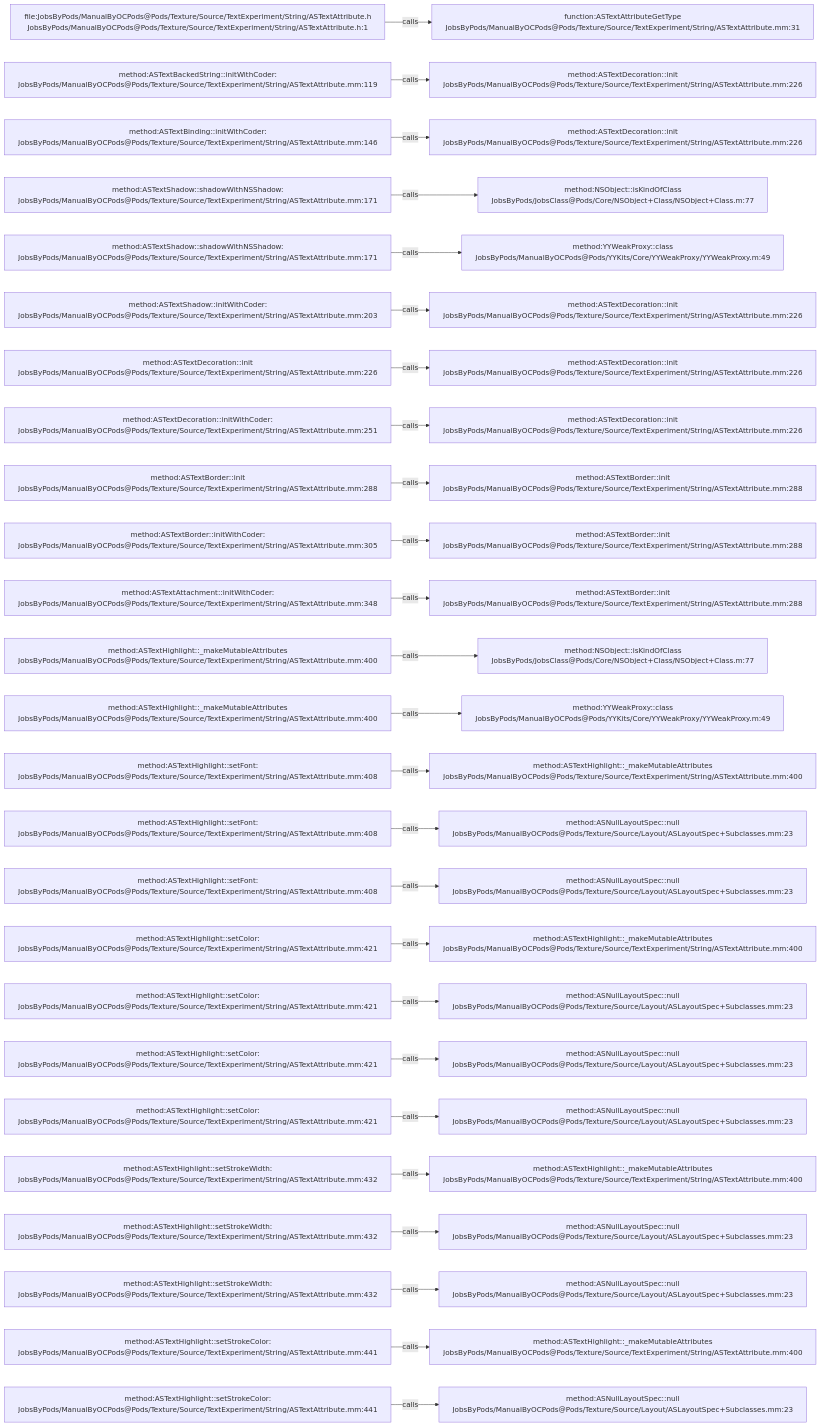
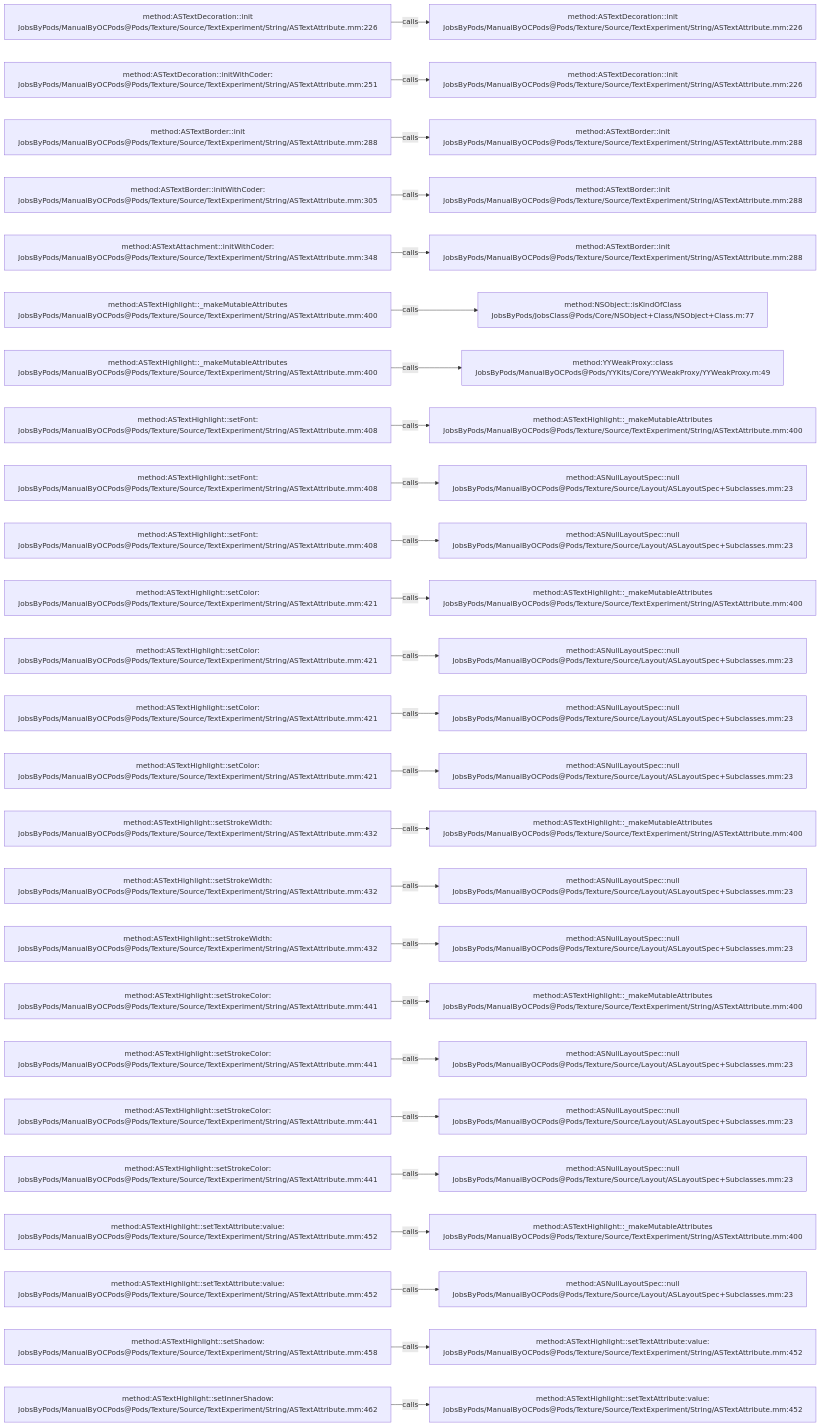
Before and after one commit to JobsKits/JobsOCBaseConfigDemo: the diagram in .codegraph/codegraph.md/graphs/calls-200.md, drawn with Mermaid. The commit also changed 666 other files, not shown here.

````diff
--- a/.codegraph/codegraph.md/graphs/calls-200.md
+++ b/.codegraph/codegraph.md/graphs/calls-200.md
@@ -13,78 +13,78 @@
 ```mermaid
 flowchart LR
-  S1["file:JobsByPods/ManualByOCPods@Pods/Texture/Source/TextExperiment/String/ASTextAttribute.h<br/>JobsByPods/ManualByOCPods@Pods/Texture/Source/TextExperiment/String/ASTextAttribute.h:1"]
-  T1["function:ASTextAttributeGetType<br/>JobsByPods/ManualByOCPods@Pods/Texture/Source/TextExperiment/String/ASTextAttribute.mm:31"]
+  S1["method:ASTextDecoration::init<br/>JobsByPods/ManualByOCPods@Pods/Texture/Source/TextExperiment/String/ASTextAttribute.mm:226"]
+  T1["method:ASTextDecoration::init<br/>JobsByPods/ManualByOCPods@Pods/Texture/Source/TextExperiment/String/ASTextAttribute.mm:226"]
   S1 -->|calls| T1
-  S2["method:ASTextBackedString::initWithCoder:<br/>JobsByPods/ManualByOCPods@Pods/Texture/Source/TextExperiment/String/ASTextAttribute.mm:119"]
+  S2["method:ASTextDecoration::initWithCoder:<br/>JobsByPods/ManualByOCPods@Pods/Texture/Source/TextExperiment/String/ASTextAttribute.mm:251"]
   T2["method:ASTextDecoration::init<br/>JobsByPods/ManualByOCPods@Pods/Texture/Source/TextExperiment/String/ASTextAttribute.mm:226"]
   S2 -->|calls| T2
-  S3["method:ASTextBinding::initWithCoder:<br/>JobsByPods/ManualByOCPods@Pods/Texture/Source/TextExperiment/String/ASTextAttribute.mm:146"]
-  T3["method:ASTextDecoration::init<br/>JobsByPods/ManualByOCPods@Pods/Texture/Source/TextExperiment/String/ASTextAttribute.mm:226"]
+  S3["method:ASTextBorder::init<br/>JobsByPods/ManualByOCPods@Pods/Texture/Source/TextExperiment/String/ASTextAttribute.mm:288"]
+  T3["method:ASTextBorder::init<br/>JobsByPods/ManualByOCPods@Pods/Texture/Source/TextExperiment/String/ASTextAttribute.mm:288"]
   S3 -->|calls| T3
-  S4["method:ASTextShadow::shadowWithNSShadow:<br/>JobsByPods/ManualByOCPods@Pods/Texture/Source/TextExperiment/String/ASTextAttribute.mm:171"]
-  T4["method:NSObject::isKindOfClass<br/>JobsByPods/JobsClass@Pods/Core/NSObject+Class/NSObject+Class.m:77"]
+  S4["method:ASTextBorder::initWithCoder:<br/>JobsByPods/ManualByOCPods@Pods/Texture/Source/TextExperiment/String/ASTextAttribute.mm:305"]
+  T4["method:ASTextBorder::init<br/>JobsByPods/ManualByOCPods@Pods/Texture/Source/TextExperiment/String/ASTextAttribute.mm:288"]
   S4 -->|calls| T4
-  S5["method:ASTextShadow::shadowWithNSShadow:<br/>JobsByPods/ManualByOCPods@Pods/Texture/Source/TextExperiment/String/ASTextAttribute.mm:171"]
-  T5["method:YYWeakProxy::class<br/>JobsByPods/ManualByOCPods@Pods/YYKits/Core/YYWeakProxy/YYWeakProxy.m:49"]
+  S5["method:ASTextAttachment::initWithCoder:<br/>JobsByPods/ManualByOCPods@Pods/Texture/Source/TextExperiment/String/ASTextAttribute.mm:348"]
+  T5["method:ASTextBorder::init<br/>JobsByPods/ManualByOCPods@Pods/Texture/Source/TextExperiment/String/ASTextAttribute.mm:288"]
   S5 -->|calls| T5
-  S6["method:ASTextShadow::initWithCoder:<br/>JobsByPods/ManualByOCPods@Pods/Texture/Source/TextExperiment/String/ASTextAttribute.mm:203"]
-  T6["method:ASTextDecoration::init<br/>JobsByPods/ManualByOCPods@Pods/Texture/Source/TextExperiment/String/ASTextAttribute.mm:226"]
+  S6["method:ASTextHighlight::_makeMutableAttributes<br/>JobsByPods/ManualByOCPods@Pods/Texture/Source/TextExperiment/String/ASTextAttribute.mm:400"]
+  T6["method:NSObject::isKindOfClass<br/>JobsByPods/JobsClass@Pods/Core/NSObject+Class/NSObject+Class.m:77"]
   S6 -->|calls| T6
-  S7["method:ASTextDecoration::init<br/>JobsByPods/ManualByOCPods@Pods/Texture/Source/TextExperiment/String/ASTextAttribute.mm:226"]
-  T7["method:ASTextDecoration::init<br/>JobsByPods/ManualByOCPods@Pods/Texture/Source/TextExperiment/String/ASTextAttribute.mm:226"]
+  S7["method:ASTextHighlight::_makeMutableAttributes<br/>JobsByPods/ManualByOCPods@Pods/Texture/Source/TextExperiment/String/ASTextAttribute.mm:400"]
+  T7["method:YYWeakProxy::class<br/>JobsByPods/ManualByOCPods@Pods/YYKits/Core/YYWeakProxy/YYWeakProxy.m:49"]
   S7 -->|calls| T7
-  S8["method:ASTextDecoration::initWithCoder:<br/>JobsByPods/ManualByOCPods@Pods/Texture/Source/TextExperiment/String/ASTextAttribute.mm:251"]
-  T8["method:ASTextDecoration::init<br/>JobsByPods/ManualByOCPods@Pods/Texture/Source/TextExperiment/String/ASTextAttribute.mm:226"]
+  S8["method:ASTextHighlight::setFont:<br/>JobsByPods/ManualByOCPods@Pods/Texture/Source/TextExperiment/String/ASTextAttribute.mm:408"]
+  T8["method:ASTextHighlight::_makeMutableAttributes<br/>JobsByPods/ManualByOCPods@Pods/Texture/Source/TextExperiment/String/ASTextAttribute.mm:400"]
   S8 -->|calls| T8
-  S9["method:ASTextBorder::init<br/>JobsByPods/ManualByOCPods@Pods/Texture/Source/TextExperiment/String/ASTextAttribute.mm:288"]
-  T9["method:ASTextBorder::init<br/>JobsByPods/ManualByOCPods@Pods/Texture/Source/TextExperiment/String/ASTextAttribute.mm:288"]
+  S9["method:ASTextHighlight::setFont:<br/>JobsByPods/ManualByOCPods@Pods/Texture/Source/TextExperiment/String/ASTextAttribute.mm:408"]
+  T9["method:ASNullLayoutSpec::null<br/>JobsByPods/ManualByOCPods@Pods/Texture/Source/Layout/ASLayoutSpec+Subclasses.mm:23"]
   S9 -->|calls| T9
-  S10["method:ASTextBorder::initWithCoder:<br/>JobsByPods/ManualByOCPods@Pods/Texture/Source/TextExperiment/String/ASTextAttribute.mm:305"]
-  T10["method:ASTextBorder::init<br/>JobsByPods/ManualByOCPods@Pods/Texture/Source/TextExperiment/String/ASTextAttribute.mm:288"]
+  S10["method:ASTextHighlight::setFont:<br/>JobsByPods/ManualByOCPods@Pods/Texture/Source/TextExperiment/String/ASTextAttribute.mm:408"]
+  T10["method:ASNullLayoutSpec::null<br/>JobsByPods/ManualByOCPods@Pods/Texture/Source/Layout/ASLayoutSpec+Subclasses.mm:23"]
   S10 -->|calls| T10
-  S11["method:ASTextAttachment::initWithCoder:<br/>JobsByPods/ManualByOCPods@Pods/Texture/Source/TextExperiment/String/ASTextAttribute.mm:348"]
-  T11["method:ASTextBorder::init<br/>JobsByPods/ManualByOCPods@Pods/Texture/Source/TextExperiment/String/ASTextAttribute.mm:288"]
+  S11["method:ASTextHighlight::setColor:<br/>JobsByPods/ManualByOCPods@Pods/Texture/Source/TextExperiment/String/ASTextAttribute.mm:421"]
+  T11["method:ASTextHighlight::_makeMutableAttributes<br/>JobsByPods/ManualByOCPods@Pods/Texture/Source/TextExperiment/String/ASTextAttribute.mm:400"]
   S11 -->|calls| T11
-  S12["method:ASTextHighlight::_makeMutableAttributes<br/>JobsByPods/ManualByOCPods@Pods/Texture/Source/TextExperiment/String/ASTextAttribute.mm:400"]
-  T12["method:NSObject::isKindOfClass<br/>JobsByPods/JobsClass@Pods/Core/NSObject+Class/NSObject+Class.m:77"]
+  S12["method:ASTextHighlight::setColor:<br/>JobsByPods/ManualByOCPods@Pods/Texture/Source/TextExperiment/String/ASTextAttribute.mm:421"]
+  T12["method:ASNullLayoutSpec::null<br/>JobsByPods/ManualByOCPods@Pods/Texture/Source/Layout/ASLayoutSpec+Subclasses.mm:23"]
   S12 -->|calls| T12
-  S13["method:ASTextHighlight::_makeMutableAttributes<br/>JobsByPods/ManualByOCPods@Pods/Texture/Source/TextExperiment/String/ASTextAttribute.mm:400"]
-  T13["method:YYWeakProxy::class<br/>JobsByPods/ManualByOCPods@Pods/YYKits/Core/YYWeakProxy/YYWeakProxy.m:49"]
+  S13["method:ASTextHighlight::setColor:<br/>JobsByPods/ManualByOCPods@Pods/Texture/Source/TextExperiment/String/ASTextAttribute.mm:421"]
+  T13["method:ASNullLayoutSpec::null<br/>JobsByPods/ManualByOCPods@Pods/Texture/Source/Layout/ASLayoutSpec+Subclasses.mm:23"]
   S13 -->|calls| T13
-  S14["method:ASTextHighlight::setFont:<br/>JobsByPods/ManualByOCPods@Pods/Texture/Source/TextExperiment/String/ASTextAttribute.mm:408"]
-  T14["method:ASTextHighlight::_makeMutableAttributes<br/>JobsByPods/ManualByOCPods@Pods/Texture/Source/TextExperiment/String/ASTextAttribute.mm:400"]
+  S14["method:ASTextHighlight::setColor:<br/>JobsByPods/ManualByOCPods@Pods/Texture/Source/TextExperiment/String/ASTextAttribute.mm:421"]
+  T14["method:ASNullLayoutSpec::null<br/>JobsByPods/ManualByOCPods@Pods/Texture/Source/Layout/ASLayoutSpec+Subclasses.mm:23"]
   S14 -->|calls| T14
-  S15["method:ASTextHighlight::setFont:<br/>JobsByPods/ManualByOCPods@Pods/Texture/Source/TextExperiment/String/ASTextAttribute.mm:408"]
-  T15["method:ASNullLayoutSpec::null<br/>JobsByPods/ManualByOCPods@Pods/Texture/Source/Layout/ASLayoutSpec+Subclasses.mm:23"]
+  S15["method:ASTextHighlight::setStrokeWidth:<br/>JobsByPods/ManualByOCPods@Pods/Texture/Source/TextExperiment/String/ASTextAttribute.mm:432"]
+  T15["method:ASTextHighlight::_makeMutableAttributes<br/>JobsByPods/ManualByOCPods@Pods/Texture/Source/TextExperiment/String/ASTextAttribute.mm:400"]
   S15 -->|calls| T15
-  S16["method:ASTextHighlight::setFont:<br/>JobsByPods/ManualByOCPods@Pods/Texture/Source/TextExperiment/String/ASTextAttribute.mm:408"]
+  S16["method:ASTextHighlight::setStrokeWidth:<br/>JobsByPods/ManualByOCPods@Pods/Texture/Source/TextExperiment/String/ASTextAttribute.mm:432"]
   T16["method:ASNullLayoutSpec::null<br/>JobsByPods/ManualByOCPods@Pods/Texture/Source/Layout/ASLayoutSpec+Subclasses.mm:23"]
   S16 -->|calls| T16
-  S17["method:ASTextHighlight::setColor:<br/>JobsByPods/ManualByOCPods@Pods/Texture/Source/TextExperiment/String/ASTextAttribute.mm:421"]
-  T17["method:ASTextHighlight::_makeMutableAttributes<br/>JobsByPods/ManualByOCPods@Pods/Texture/Source/TextExperiment/String/ASTextAttribute.mm:400"]
+  S17["method:ASTextHighlight::setStrokeWidth:<br/>JobsByPods/ManualByOCPods@Pods/Texture/Source/TextExperiment/String/ASTextAttribute.mm:432"]
+  T17["method:ASNullLayoutSpec::null<br/>JobsByPods/ManualByOCPods@Pods/Texture/Source/Layout/ASLayoutSpec+Subclasses.mm:23"]
   S17 -->|calls| T17
-  S18["method:ASTextHighlight::setColor:<br/>JobsByPods/ManualByOCPods@Pods/Texture/Source/TextExperiment/String/ASTextAttribute.mm:421"]
-  T18["method:ASNullLayoutSpec::null<br/>JobsByPods/ManualByOCPods@Pods/Texture/Source/Layout/ASLayoutSpec+Subclasses.mm:23"]
+  S18["method:ASTextHighlight::setStrokeColor:<br/>JobsByPods/ManualByOCPods@Pods/Texture/Source/TextExperiment/String/ASTextAttribute.mm:441"]
+  T18["method:ASTextHighlight::_makeMutableAttributes<br/>JobsByPods/ManualByOCPods@Pods/Texture/Source/TextExperiment/String/ASTextAttribute.mm:400"]
   S18 -->|calls| T18
-  S19["method:ASTextHighlight::setColor:<br/>JobsByPods/ManualByOCPods@Pods/Texture/Source/TextExperiment/String/ASTextAttribute.mm:421"]
+  S19["method:ASTextHighlight::setStrokeColor:<br/>JobsByPods/ManualByOCPods@Pods/Texture/Source/TextExperiment/String/ASTextAttribute.mm:441"]
   T19["method:ASNullLayoutSpec::null<br/>JobsByPods/ManualByOCPods@Pods/Texture/Source/Layout/ASLayoutSpec+Subclasses.mm:23"]
   S19 -->|calls| T19
-  S20["method:ASTextHighlight::setColor:<br/>JobsByPods/ManualByOCPods@Pods/Texture/Source/TextExperiment/String/ASTextAttribute.mm:421"]
+  S20["method:ASTextHighlight::setStrokeColor:<br/>JobsByPods/ManualByOCPods@Pods/Texture/Source/TextExperiment/String/ASTextAttribute.mm:441"]
   T20["method:ASNullLayoutSpec::null<br/>JobsByPods/ManualByOCPods@Pods/Texture/Source/Layout/ASLayoutSpec+Subclasses.mm:23"]
   S20 -->|calls| T20
-  S21["method:ASTextHighlight::setStrokeWidth:<br/>JobsByPods/ManualByOCPods@Pods/Texture/Source/TextExperiment/String/ASTextAttribute.mm:432"]
-  T21["method:ASTextHighlight::_makeMutableAttributes<br/>JobsByPods/ManualByOCPods@Pods/Texture/Source/TextExperiment/String/ASTextAttribute.mm:400"]
+  S21["method:ASTextHighlight::setStrokeColor:<br/>JobsByPods/ManualByOCPods@Pods/Texture/Source/TextExperiment/String/ASTextAttribute.mm:441"]
+  T21["method:ASNullLayoutSpec::null<br/>JobsByPods/ManualByOCPods@Pods/Texture/Source/Layout/ASLayoutSpec+Subclasses.mm:23"]
   S21 -->|calls| T21
-  S22["method:ASTextHighlight::setStrokeWidth:<br/>JobsByPods/ManualByOCPods@Pods/Texture/Source/TextExperiment/String/ASTextAttribute.mm:432"]
-  T22["method:ASNullLayoutSpec::null<br/>JobsByPods/ManualByOCPods@Pods/Texture/Source/Layout/ASLayoutSpec+Subclasses.mm:23"]
+  S22["method:ASTextHighlight::setTextAttribute:value:<br/>JobsByPods/ManualByOCPods@Pods/Texture/Source/TextExperiment/String/ASTextAttribute.mm:452"]
+  T22["method:ASTextHighlight::_makeMutableAttributes<br/>JobsByPods/ManualByOCPods@Pods/Texture/Source/TextExperiment/String/ASTextAttribute.mm:400"]
   S22 -->|calls| T22
-  S23["method:ASTextHighlight::setStrokeWidth:<br/>JobsByPods/ManualByOCPods@Pods/Texture/Source/TextExperiment/String/ASTextAttribute.mm:432"]
+  S23["method:ASTextHighlight::setTextAttribute:value:<br/>JobsByPods/ManualByOCPods@Pods/Texture/Source/TextExperiment/String/ASTextAttribute.mm:452"]
   T23["method:ASNullLayoutSpec::null<br/>JobsByPods/ManualByOCPods@Pods/Texture/Source/Layout/ASLayoutSpec+Subclasses.mm:23"]
   S23 -->|calls| T23
-  S24["method:ASTextHighlight::setStrokeColor:<br/>JobsByPods/ManualByOCPods@Pods/Texture/Source/TextExperiment/String/ASTextAttribute.mm:441"]
-  T24["method:ASTextHighlight::_makeMutableAttributes<br/>JobsByPods/ManualByOCPods@Pods/Texture/Source/TextExperiment/String/ASTextAttribute.mm:400"]
+  S24["method:ASTextHighlight::setShadow:<br/>JobsByPods/ManualByOCPods@Pods/Texture/Source/TextExperiment/String/ASTextAttribute.mm:458"]
+  T24["method:ASTextHighlight::setTextAttribute:value:<br/>JobsByPods/ManualByOCPods@Pods/Texture/Source/TextExperiment/String/ASTextAttribute.mm:452"]
   S24 -->|calls| T24
-  S25["method:ASTextHighlight::setStrokeColor:<br/>JobsByPods/ManualByOCPods@Pods/Texture/Source/TextExperiment/String/ASTextAttribute.mm:441"]
-  T25["method:ASNullLayoutSpec::null<br/>JobsByPods/ManualByOCPods@Pods/Texture/Source/Layout/ASLayoutSpec+Subclasses.mm:23"]
+  S25["method:ASTextHighlight::setInnerShadow:<br/>JobsByPods/ManualByOCPods@Pods/Texture/Source/TextExperiment/String/ASTextAttribute.mm:462"]
+  T25["method:ASTextHighlight::setTextAttribute:value:<br/>JobsByPods/ManualByOCPods@Pods/Texture/Source/TextExperiment/String/ASTextAttribute.mm:452"]
   S25 -->|calls| T25
 ```
````
